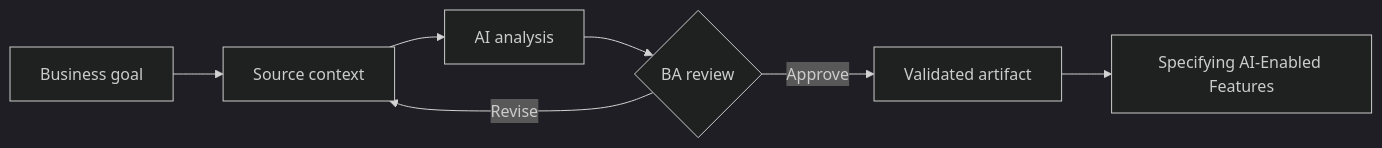
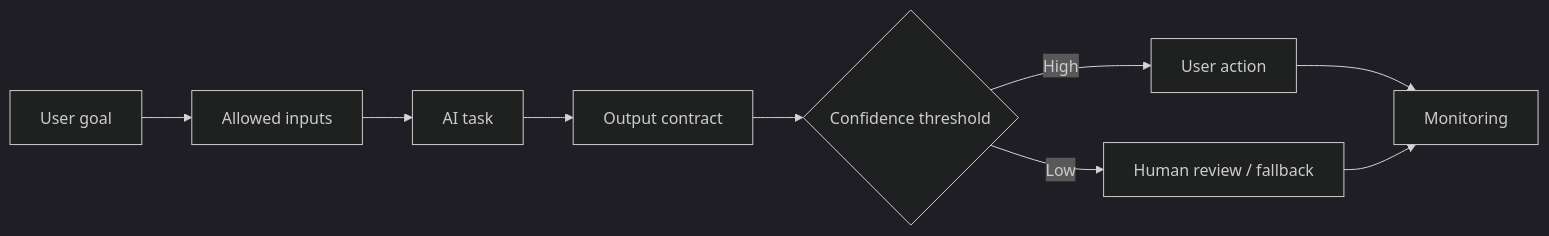
The diagram in docs/en/lessons/specifying-ai-enabled-features/index.md (anhtnt90dev/ai-for-ba), drawn with Mermaid (dark theme) before and after one commit. The commit also changed other lines of this file and 64 other files, not shown here.

````diff
--- a/docs/en/lessons/specifying-ai-enabled-features/index.md
+++ b/docs/en/lessons/specifying-ai-enabled-features/index.md
@@ -39,9 +38,11 @@
 ```mermaid
 flowchart LR
-    A["Business goal"] --> B["Source context"]
-    B --> C["AI analysis"]
-    C --> D{"BA review"}
-    D -->|"Revise"| B
-    D -->|"Approve"| E["Validated artifact"]
-    E --> F["Specifying AI-Enabled Features"]
+    A["User goal"] --> B["Allowed inputs"]
+    B --> C["AI task"]
+    C --> D["Output contract"]
+    D --> E{"Confidence threshold"}
+    E -->|High| F["User action"]
+    E -->|Low| G["Human review / fallback"]
+    F --> H["Monitoring"]
+    G --> H
 ```
````
